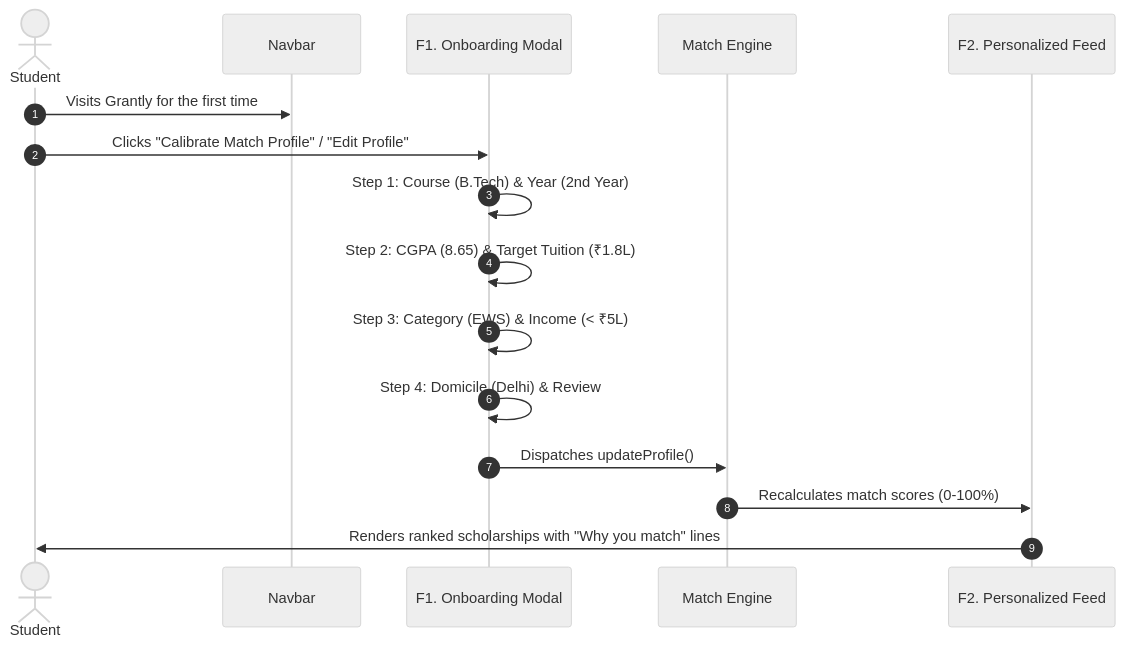
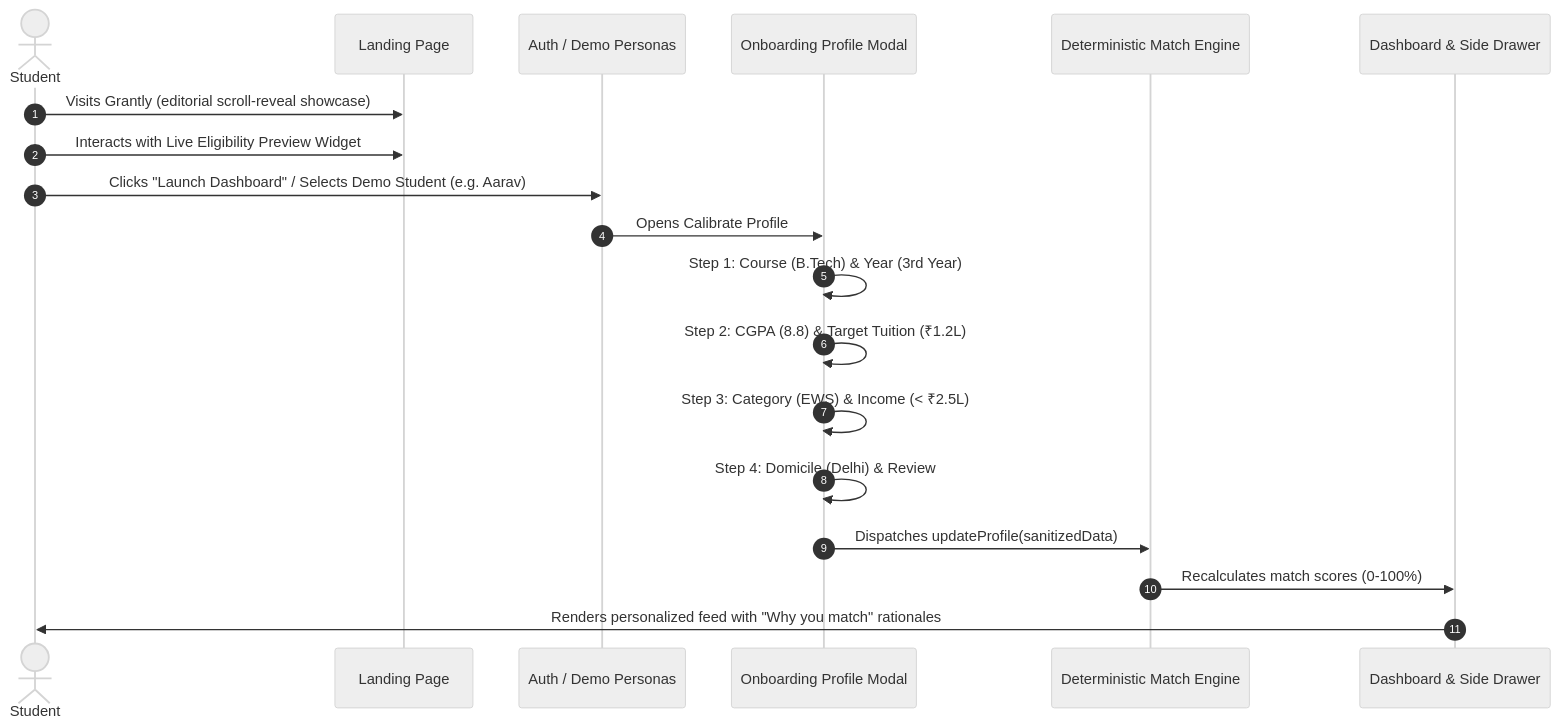
One commit to AyushB27/Grantly changed the diagram in docs/USER_FLOWS.md. Above: the diagram before and after it, drawn with Mermaid (neutral theme). The commit also changed other lines of this file and 6 other files, not shown here.

Commit message:
docs: synchronize architecture, accessibility audit, data model, and user flows with production codebase

````diff
--- a/docs/USER_FLOWS.md
+++ b/docs/USER_FLOWS.md
@@ -20,19 +20,22 @@
 ```mermaid
 sequenceDiagram
     autonumber
     actor Student
-    participant Navbar
-    participant Onboarding as F1. Onboarding Modal
-    participant Engine as Match Engine
-    participant Feed as F2. Personalized Feed
+    participant Landing as Landing Page
+    participant Auth as Auth / Demo Personas
+    participant Onboarding as Onboarding Profile Modal
+    participant Engine as Deterministic Match Engine
+    participant Dashboard as Dashboard & Side Drawer
 
-    Student->>Navbar: Visits Grantly for the first time
-    Student->>Onboarding: Clicks "Calibrate Match Profile" / "Edit Profile"
-    Onboarding->>Onboarding: Step 1: Course (B.Tech) & Year (2nd Year)
-    Onboarding->>Onboarding: Step 2: CGPA (8.65) & Target Tuition (₹1.8L)
-    Onboarding->>Onboarding: Step 3: Category (EWS) & Income (< ₹5L)
+    Student->>Landing: Visits Grantly (editorial scroll-reveal showcase)
+    Student->>Landing: Interacts with Live Eligibility Preview Widget
+    Student->>Auth: Clicks "Launch Dashboard" / Selects Demo Student (e.g. Aarav)
+    Auth->>Onboarding: Opens Calibrate Profile
+    Onboarding->>Onboarding: Step 1: Course (B.Tech) & Year (3rd Year)
+    Onboarding->>Onboarding: Step 2: CGPA (8.8) & Target Tuition (₹1.2L)
+    Onboarding->>Onboarding: Step 3: Category (EWS) & Income (< ₹2.5L)
     Onboarding->>Onboarding: Step 4: Domicile (Delhi) & Review
-    Onboarding->>Engine: Dispatches updateProfile()
-    Engine->>Feed: Recalculates match scores (0-100%)
-    Feed->>Student: Renders ranked scholarships with "Why you match" lines
+    Onboarding->>Engine: Dispatches updateProfile(sanitizedData)
+    Engine->>Dashboard: Recalculates match scores (0-100%)
+    Dashboard->>Student: Renders personalized feed with "Why you match" rationales
 ```
````
